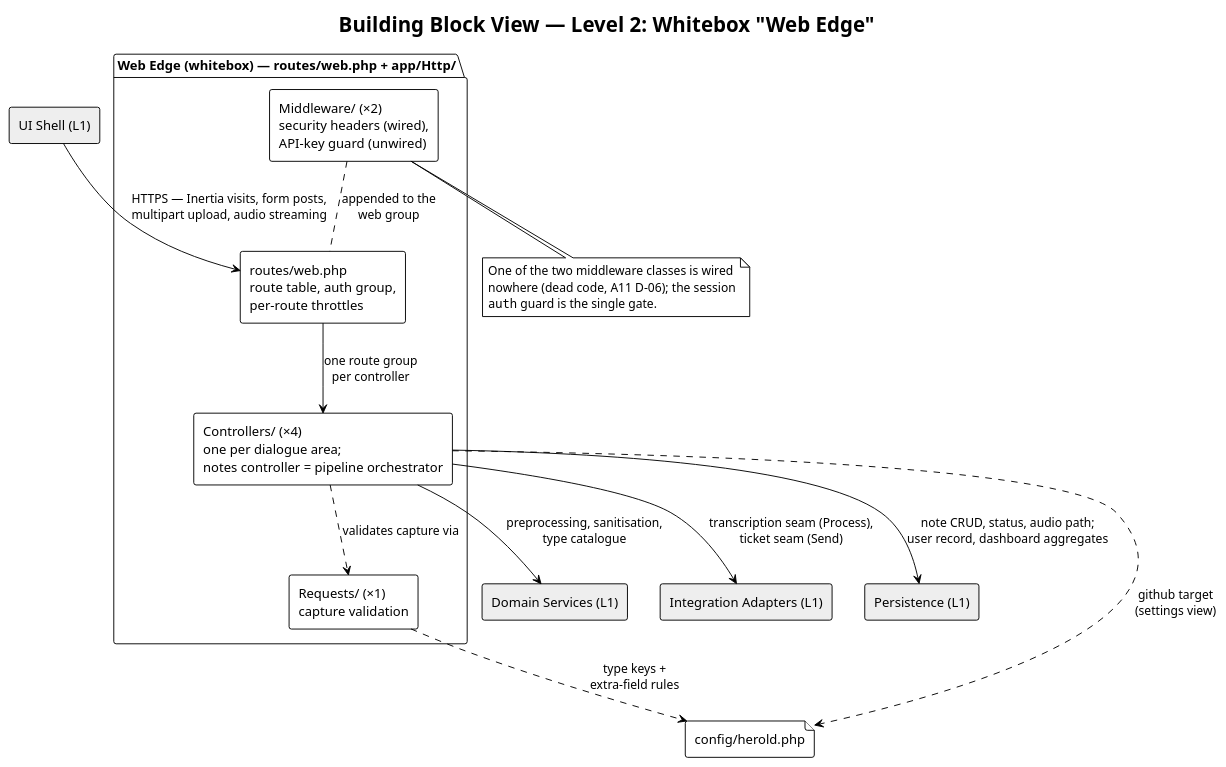
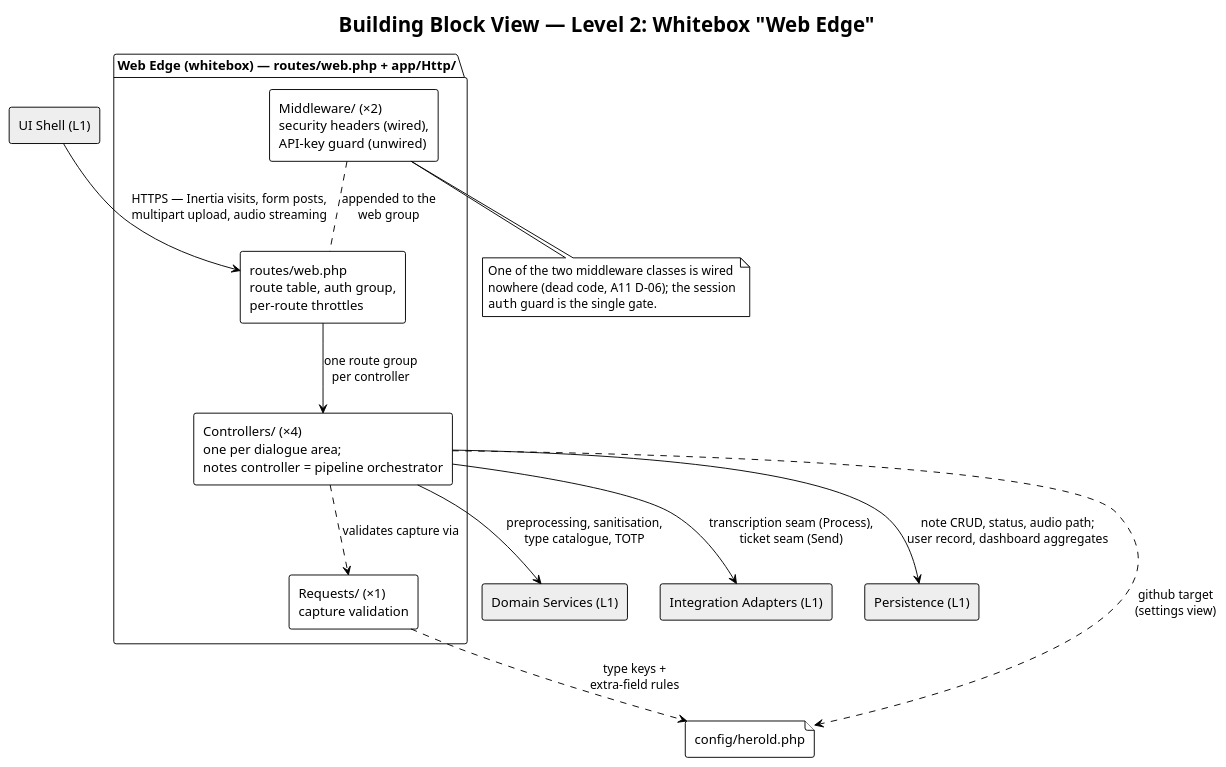
The diagram in docs/arch/diagrams/a05-l2-web-edge.plantuml (carstenlucke/herold), drawn with PlantUML before and after one commit. The commit also changed 31 other files, not shown here.

```diff
--- a/docs/arch/diagrams/a05-l2-web-edge.plantuml
+++ b/docs/arch/diagrams/a05-l2-web-edge.plantuml
@@ -1,37 +1,37 @@
 @startuml a05-l2-web-edge
 !theme plain
 skinparam componentStyle rectangle
 
 title Building Block View — Level 2: Whitebox "Web Edge"
 
 package "Web Edge (whitebox) — routes/web.php + app/Http/" {
   [routes/web.php\nroute table, auth group,\nper-route throttles] as routes
   [Controllers/ (×4)\none per dialogue area;\nnotes controller = pipeline orchestrator] as ctrl
   [Requests/ (×1)\ncapture validation] as req
   [Middleware/ (×2)\nsecurity headers (wired),\nAPI-key guard (unwired)] as mw
 }
 
 ' Level-1 neighbours of this whitebox (blackboxes here)
 rectangle "UI Shell (L1)" as ui #EEEEEE
 rectangle "Domain Services (L1)" as domain #EEEEEE
 rectangle "Integration Adapters (L1)" as adapters #EEEEEE
 rectangle "Persistence (L1)" as persistence #EEEEEE
 file "config/herold.php" as cfg
 
 ui --> routes : HTTPS — Inertia visits, form posts,\nmultipart upload, audio streaming
 routes --> ctrl : one route group\nper controller
 mw .. routes : appended to the\nweb group
 ctrl ..> req : validates capture via
 req ..> cfg : type keys +\nextra-field rules
-ctrl --> domain : preprocessing, sanitisation,\ntype catalogue
+ctrl --> domain : preprocessing, sanitisation,\ntype catalogue, TOTP
 ctrl --> adapters : transcription seam (Process),\nticket seam (Send)
 ctrl --> persistence : note CRUD, status, audio path;\nuser record, dashboard aggregates
 ctrl ..> cfg : github target\n(settings view)
 
 note bottom of mw
   One of the two middleware classes is wired
   nowhere (dead code, A11 D-06); the session
   ""auth"" guard is the single gate.
 end note
 
 @enduml
```
